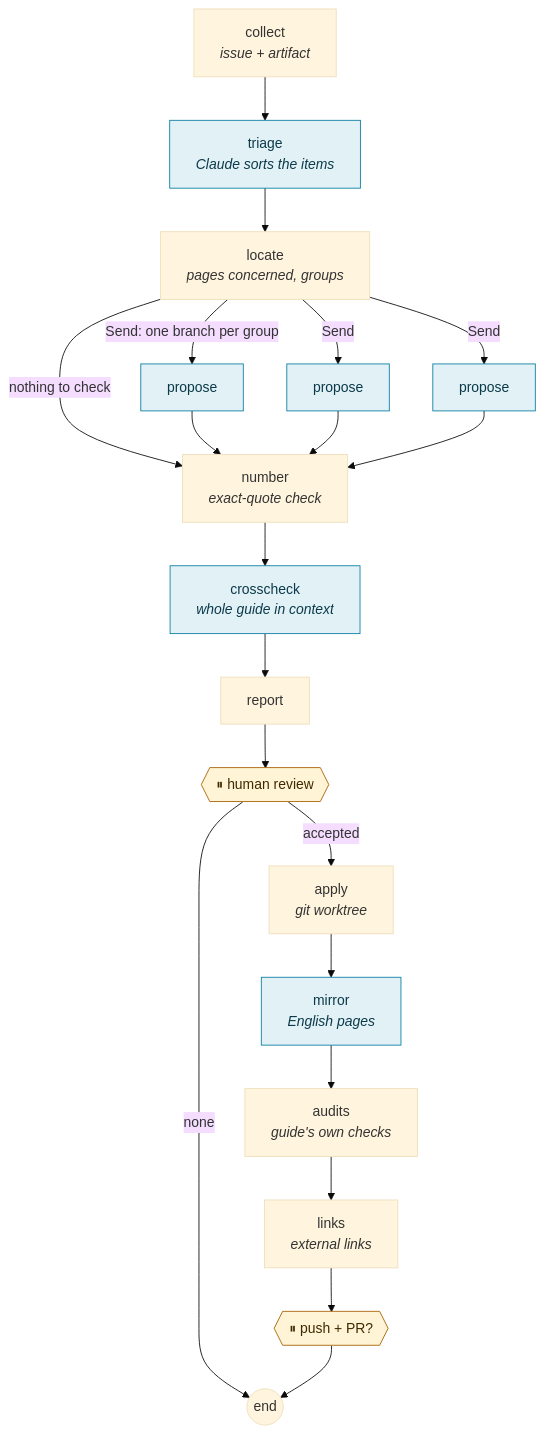
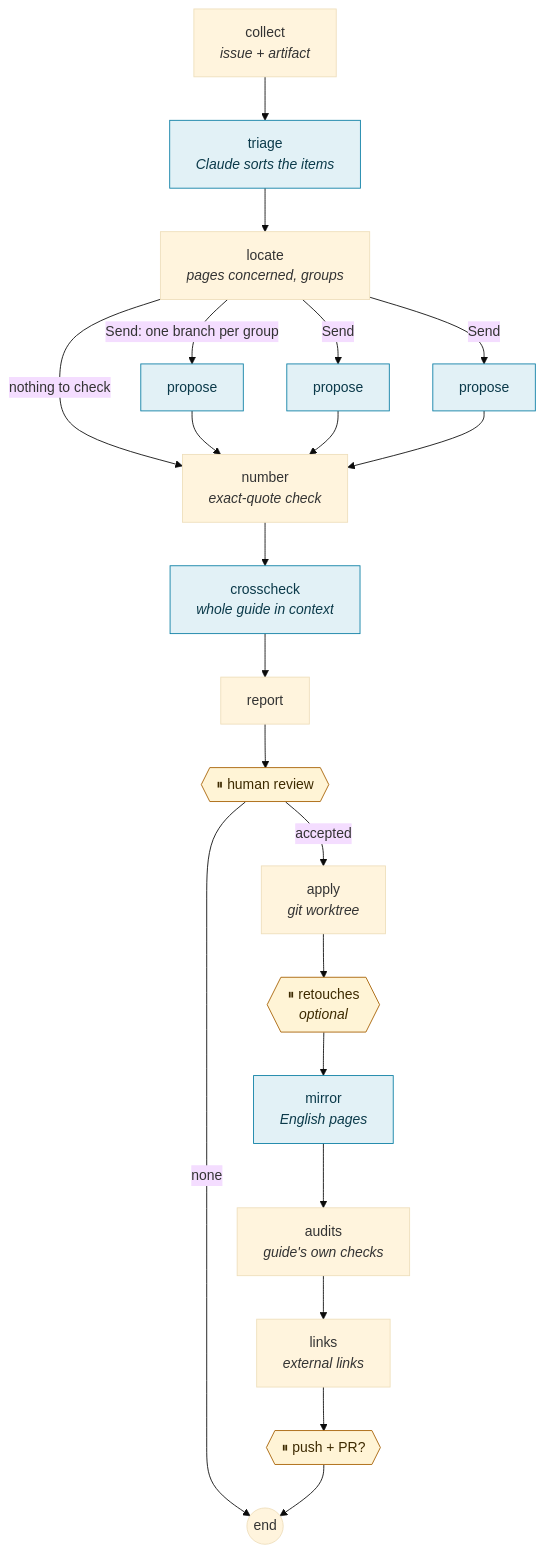
Before and after one commit to DamienBecherini/vault-watch-agent: the third of 6 diagrams in docs/presentation.md, drawn with Mermaid (base theme). The commit also changed other lines of this file and 22 other files, not shown here.

Commit message:
H3: a pause to retouch the pages of the branch before the mirrors (the guide's folder lent to Obsidian, drafts set aside and put back, an editor in the page, the retouches committed as the editor's; resume --retouch)

````diff
--- a/docs/presentation.md
+++ b/docs/presentation.md
@@ -90,23 +90,23 @@
 ```mermaid
 flowchart TD
   collect["collect<br/><i>issue + artifact</i>"] --> triage["triage<br/><i>Claude sorts the items</i>"]
   triage --> locate["locate<br/><i>pages concerned, groups</i>"]
   locate -->|"Send: one branch per group"| p1["propose"]
   locate -->|"Send"| p2["propose"]
   locate -->|"Send"| p3["propose"]
   locate -->|"nothing to check"| number
   p1 --> number["number<br/><i>exact-quote check</i>"]
   p2 --> number
   p3 --> number
   number --> crosscheck["crosscheck<br/><i>whole guide in context</i>"]
   crosscheck --> report --> review{{"⏸ human review"}}
   review -->|"accepted"| apply["apply<br/><i>git worktree</i>"]
   review -->|"none"| stop((end))
-  apply --> mirror["mirror<br/><i>English pages</i>"] --> audits["audits<br/><i>guide's own checks</i>"]
+  apply --> retouch{{"⏸ retouches<br/><i>optional</i>"}} --> mirror["mirror<br/><i>English pages</i>"] --> audits["audits<br/><i>guide's own checks</i>"]
   audits --> links["links<br/><i>external links</i>"] --> publish{{"⏸ push + PR?"}}
   publish --> stop
   classDef pause fill:#fff4d6,stroke:#a65f00,color:#3d2a00
   classDef model fill:#e2f1f6,stroke:#0a7ea4,color:#0b3a4a
-  class review,publish pause
+  class review,retouch,publish pause
   class triage,p1,p2,p3,crosscheck,mirror model
 ```
````
